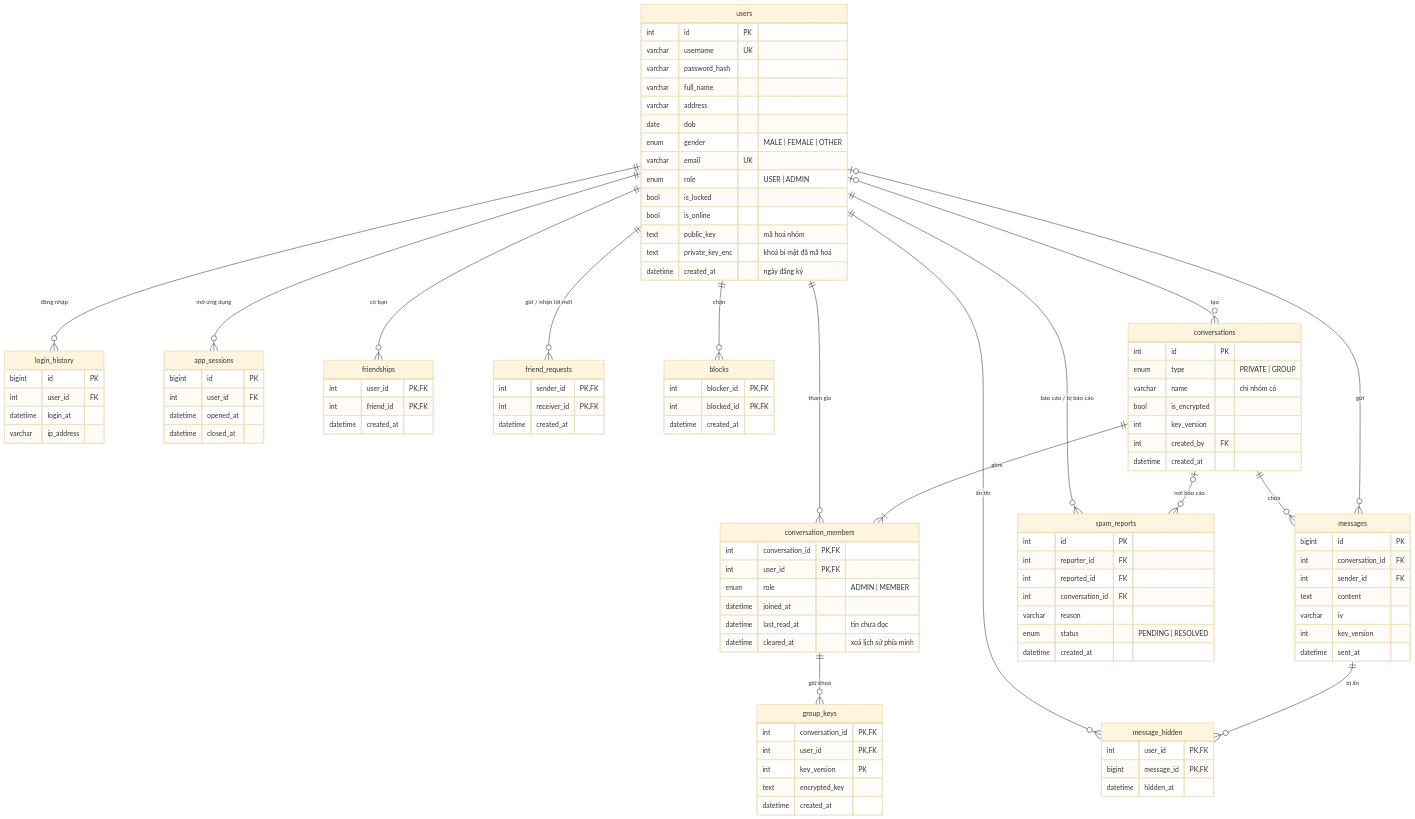
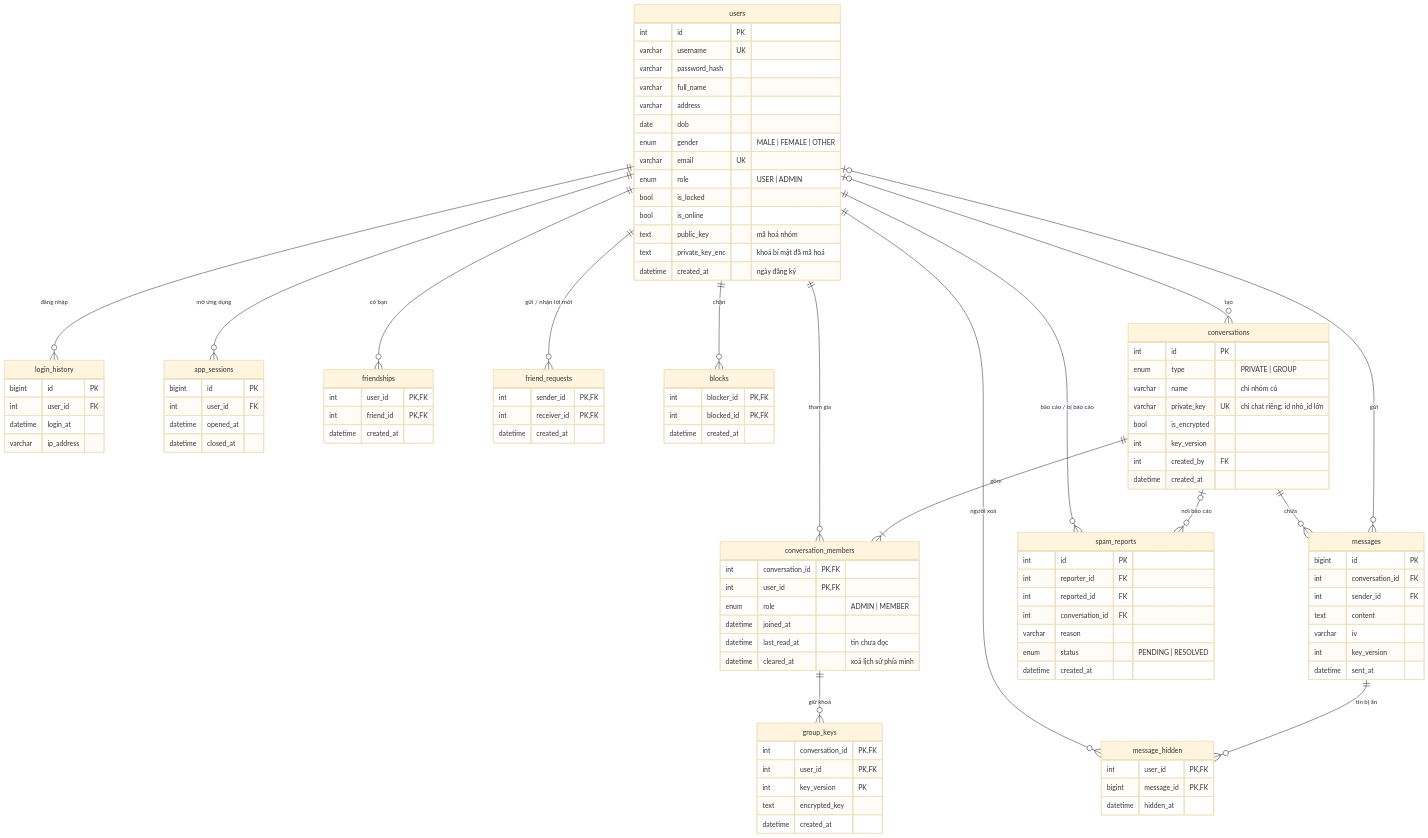
The diagram in docs/erd/erd.mmd (TranTai35/chat-system), drawn with Mermaid (base theme) before and after one commit. The commit also changed 4 other files, not shown here.

Commit message:
Chặn trùng chat riêng (private_key), cleared_at DATETIME(3), sửa nhãn ERD

```diff
--- a/docs/erd/erd.mmd
+++ b/docs/erd/erd.mmd
@@ -1,107 +1,108 @@
 erDiagram
     users {
         int id PK
         varchar username UK
         varchar password_hash
         varchar full_name
         varchar address
         date dob
         enum gender "MALE | FEMALE | OTHER"
         varchar email UK
         enum role "USER | ADMIN"
         bool is_locked
         bool is_online
         text public_key "mã hoá nhóm"
         text private_key_enc "khoá bí mật đã mã hoá"
         datetime created_at "ngày đăng ký"
     }
     login_history {
         bigint id PK
         int user_id FK
         datetime login_at
         varchar ip_address
     }
     app_sessions {
         bigint id PK
         int user_id FK
         datetime opened_at
         datetime closed_at
     }
     friendships {
         int user_id PK, FK
         int friend_id PK, FK
         datetime created_at
     }
     friend_requests {
         int sender_id PK, FK
         int receiver_id PK, FK
         datetime created_at
     }
     blocks {
         int blocker_id PK, FK
         int blocked_id PK, FK
         datetime created_at
     }
     conversations {
         int id PK
         enum type "PRIVATE | GROUP"
         varchar name "chỉ nhóm có"
+        varchar private_key UK "chỉ chat riêng: id nhỏ_id lớn"
         bool is_encrypted
         int key_version
         int created_by FK
         datetime created_at
     }
     conversation_members {
         int conversation_id PK, FK
         int user_id PK, FK
         enum role "ADMIN | MEMBER"
         datetime joined_at
         datetime last_read_at "tin chưa đọc"
         datetime cleared_at "xoá lịch sử phía mình"
     }
     messages {
         bigint id PK
         int conversation_id FK
         int sender_id FK
         text content
         varchar iv
         int key_version
         datetime sent_at
     }
     message_hidden {
         int user_id PK, FK
         bigint message_id PK, FK
         datetime hidden_at
     }
     spam_reports {
         int id PK
         int reporter_id FK
         int reported_id FK
         int conversation_id FK
         varchar reason
         enum status "PENDING | RESOLVED"
         datetime created_at
     }
     group_keys {
         int conversation_id PK, FK
         int user_id PK, FK
         int key_version PK
         text encrypted_key
         datetime created_at
     }
 
     users ||--o{ login_history : "đăng nhập"
     users ||--o{ app_sessions : "mở ứng dụng"
     users ||--o{ friendships : "có bạn"
     users ||--o{ friend_requests : "gửi / nhận lời mời"
     users ||--o{ blocks : "chặn"
     users ||--o{ conversation_members : "tham gia"
     conversations ||--|{ conversation_members : "gồm"
     users |o--o{ conversations : "tạo"
     conversations ||--o{ messages : "chứa"
     users |o--o{ messages : "gửi"
-    users ||--o{ message_hidden : "ẩn tin"
-    messages ||--o{ message_hidden : "bị ẩn"
+    users ||--o{ message_hidden : "người xoá"
+    messages ||--o{ message_hidden : "tin bị ẩn"
     users ||--o{ spam_reports : "báo cáo / bị báo cáo"
     conversations |o--o{ spam_reports : "nơi báo cáo"
     conversation_members ||--o{ group_keys : "giữ khoá"
```
